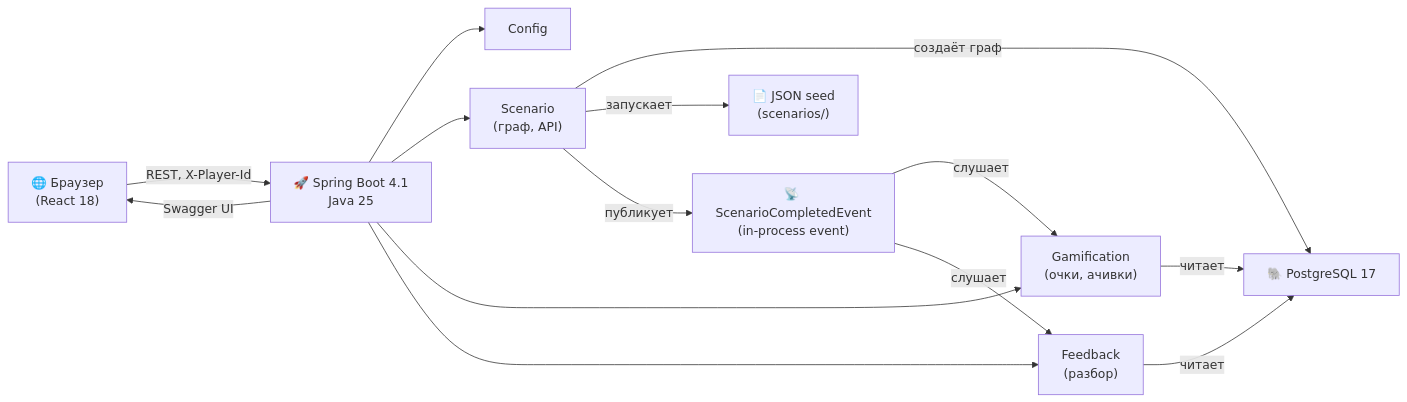
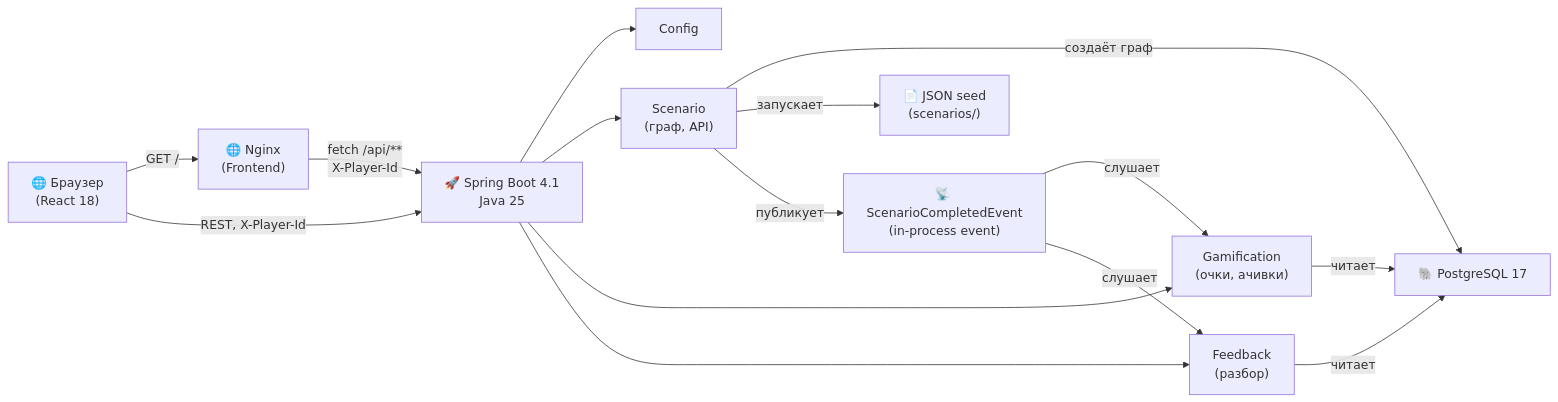
The first of 2 diagrams in README.md (petraart1/vsm), drawn with Mermaid before and after one commit. The commit also changed other lines of this file and 13 other files, not shown here.

````diff
--- a/README.md
+++ b/README.md
@@ -79,26 +77,28 @@
 ```mermaid
 graph LR
     Browser["🌐 Браузер<br/>(React 18)"]
+    Nginx["🌐 Nginx<br/>(Frontend)"]
     Backend["🚀 Spring Boot 4.1<br/>Java 25"]
     Scenario["Scenario<br/>(граф, API)"]
     Gamification["Gamification<br/>(очки, ачивки)"]
     Feedback["Feedback<br/>(разбор)"]
     Config["Config"]
     DB["🐘 PostgreSQL 17"]
     Seed["📄 JSON seed<br/>(scenarios/)"]
     Event["📡 ScenarioCompletedEvent<br/>(in-process event)"]
     
+    Browser -->|GET /| Nginx
+    Nginx -->|fetch /api/**<br/>X-Player-Id| Backend
     Browser -->|REST, X-Player-Id| Backend
     Backend --> Config
     Backend --> Scenario
     Backend --> Gamification
     Backend --> Feedback
     Scenario -->|создаёт граф| DB
     Scenario -->|запускает| Seed
     Scenario -->|публикует| Event
     Event -->|слушает| Gamification
     Event -->|слушает| Feedback
     Gamification -->|читает| DB
     Feedback -->|читает| DB
-    Backend -->|Swagger UI| Browser
 ```
````
